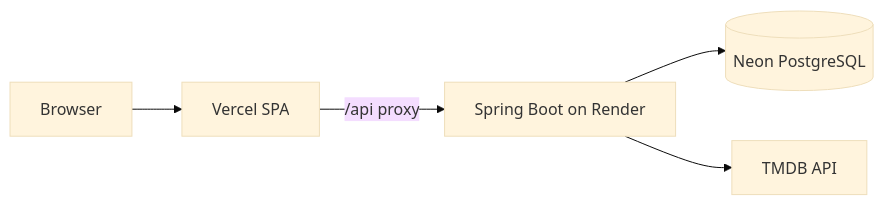
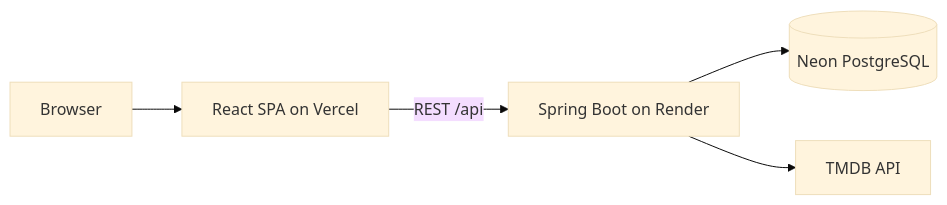
The diagram in README.md (yashchat007/CineCircle), drawn with Mermaid (base theme) before and after one commit. The commit also changed other lines of this file, not shown here.

````diff
--- a/README.md
+++ b/README.md
@@ -88,13 +36,13 @@
 ```mermaid
 flowchart LR
-  User[Browser]
-  Vercel[Vercel SPA]
+  Browser[Browser]
+  Vercel[React SPA on Vercel]
   Render[Spring Boot on Render]
   Neon[(Neon PostgreSQL)]
   TMDB[TMDB API]
 
-  User --> Vercel
-  Vercel -->|"/api proxy"| Render
+  Browser --> Vercel
+  Vercel -->|REST /api| Render
   Render --> Neon
   Render --> TMDB
 ```
````
